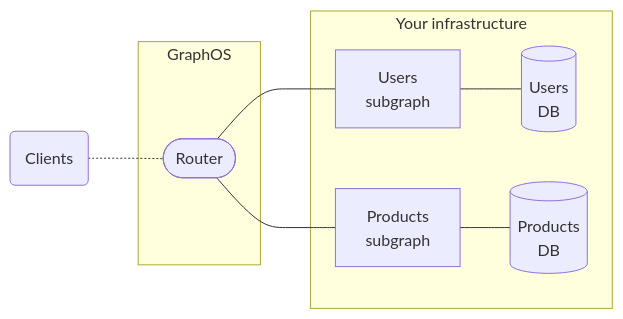
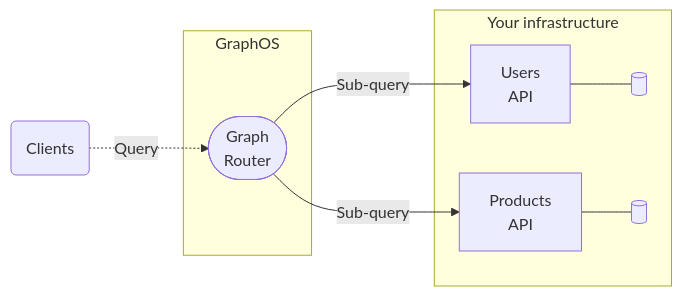
The first of 2 diagrams in src/content/basics/intro/platform.mdx (apollographql/docs), drawn with Mermaid before and after one commit. The commit also changed other lines of this file, not shown here.

Commit message:
Edits to GraphOS platform article

````diff
--- a/src/content/basics/intro/platform.mdx
+++ b/src/content/basics/intro/platform.mdx
@@ -10,18 +10,18 @@
 ```mermaid
 flowchart LR;
   clients(Clients);
   subgraph "GraphOS";
-  router(["Router"]);
+  router(["Graph<br/>Router"]);
   end;
   subgraph "Your infrastructure";
-  subgraphA[Users<br/>subgraph];
-  subgraphB[Products<br/>subgraph];
-  dbA[(Users<br/>DB)];
-  dbB[(Products<br/>DB)];
-  router --- subgraphA & subgraphB;
+  subgraphA[Users<br/>API];
+  subgraphB[Products<br/>API];
+  dbA[( )];
+  dbB[( )];
+  router -->|Sub-query| subgraphA & subgraphB;
   subgraphA --- dbA;
   subgraphB --- dbB;
   end;
-  clients -.- router;
+  clients -.->|Query| router;
   class clients secondary;
 ```
````
